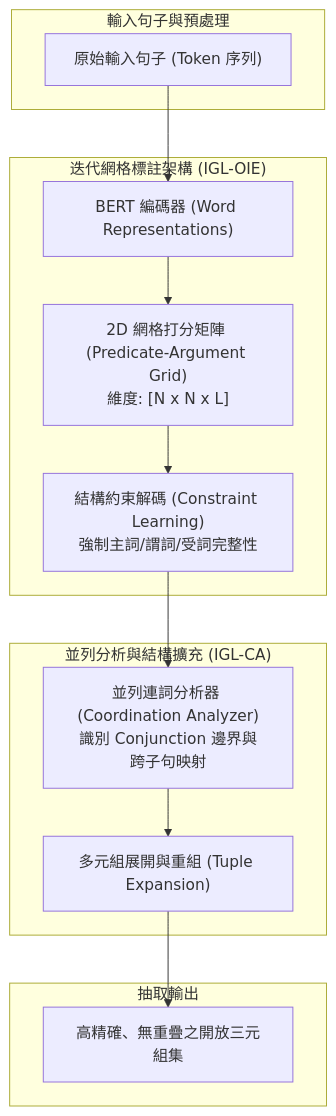
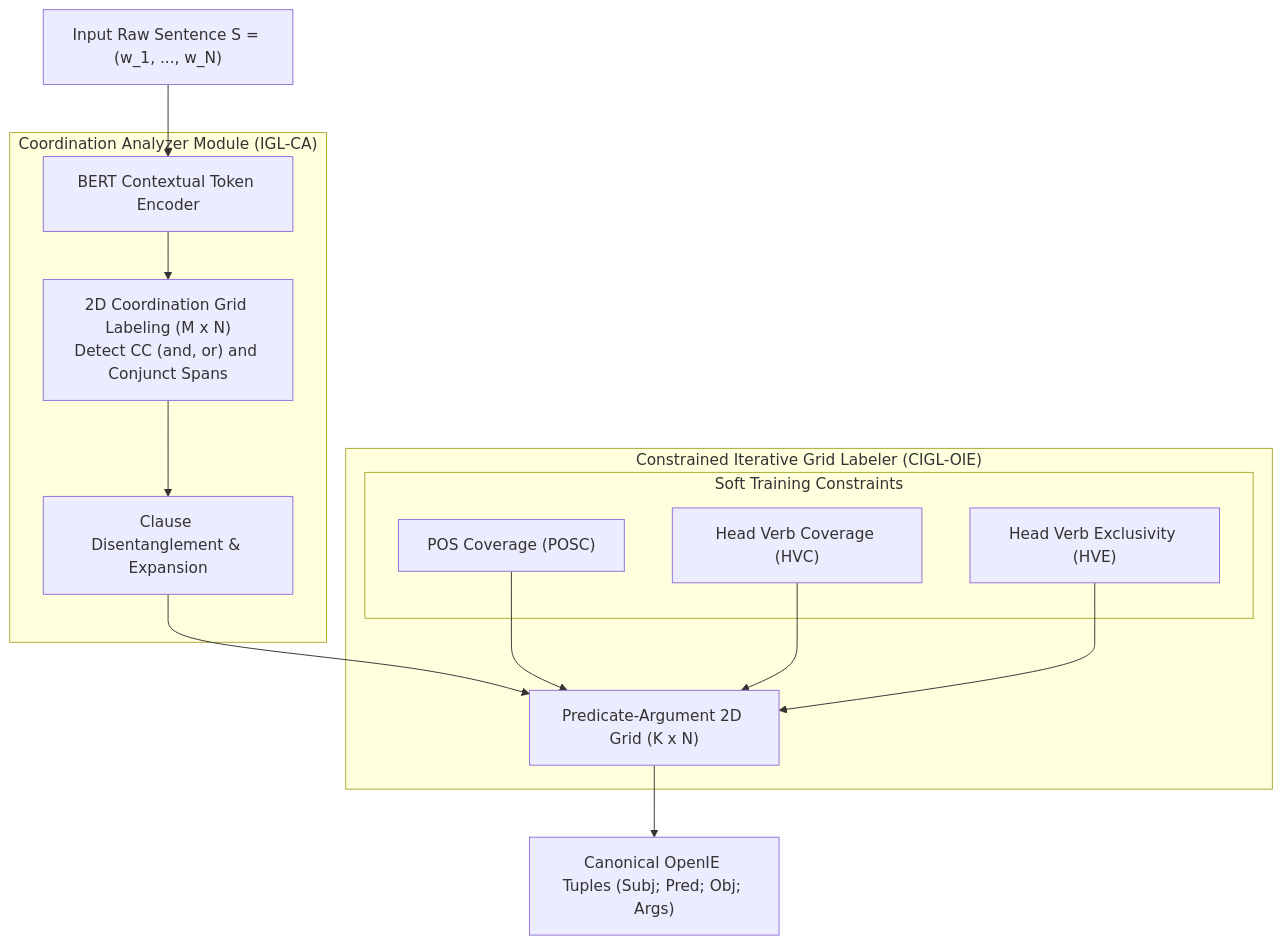
Before and after one commit to Cycl0n3-ga/RAG-survey: the diagram in 03 - 論文庫 (Literature Notes)/04 - Knowledge & Graph RAG/(EMNLP 2020-11) OpenIE6 - Iterative Grid Labeling and Coordination Analysis for Open Information Extraction.md, drawn with Mermaid. The commit also changed other lines of this file and 12 other files, not shown here.

````diff
--- a/03 - 論文庫 (Literature Notes)/04 - Knowledge & Graph RAG/(EMNLP 2020-11) OpenIE6 - Iterative Grid Labeling and Coordination Analysis for Open Information Extraction.md
+++ b/03 - 論文庫 (Literature Notes)/04 - Knowledge & Graph RAG/(EMNLP 2020-11) OpenIE6 - Iterative Grid Labeling and Coordination Analysis for Open Information Extraction.md
@@ -68,27 +113,25 @@
 ```mermaid
 flowchart TD
-    subgraph input_text["輸入句子與預處理"]
-        RAW["原始輸入句子 (Token 序列)"]
+    RawSentence["Input Raw Sentence S = (w_1, ..., w_N)"] --> BERT["BERT Contextual Token Encoder"]
+    
+    subgraph ca_engine["Coordination Analyzer Module (IGL-CA)"]
+        BERT --> CoordGrid["2D Coordination Grid Labeling (M x N)<br/>Detect CC (and, or) and Conjunct Spans"]
+        CoordGrid --> Simplify["Clause Disentanglement & Expansion"]
     end
-
-    subgraph igl_module["迭代網格標註架構 (IGL-OIE)"]
-        BERT["BERT 編碼器 (Word Representations)"]
-        GRID["2D 網格打分矩陣 (Predicate-Argument Grid)<br/>維度: [N x N x L]"]
-        CONSTR["結構約束解碼 (Constraint Learning)<br/>強制主詞/謂詞/受詞完整性"]
-        RAW --> BERT
-        BERT --> GRID
-        GRID --> CONSTR
+    
+    subgraph igl_engine["Constrained Iterative Grid Labeler (CIGL-OIE)"]
+        Simplify --> GridScorer["Predicate-Argument 2D Grid (K x N)"]
+        
+        subgraph constraints["Soft Training Constraints"]
+            POSC["POS Coverage (POSC)"]
+            HVC["Head Verb Coverage (HVC)"]
+            HVE["Head Verb Exclusivity (HVE)"]
+        end
+        
+        POSC --> GridScorer
+        HVC --> GridScorer
+        HVE --> GridScorer
     end
-
-    subgraph ca_module["並列分析與結構擴充 (IGL-CA)"]
-        COORD["並列連詞分析器 (Coordination Analyzer)<br/>識別 Conjunction 邊界與跨子句映射"]
-        EXPAND["多元組展開與重組 (Tuple Expansion)"]
-        CONSTR --> COORD
-        COORD --> EXPAND
-    end
-
-    subgraph output_triples["抽取輸出"]
-        TRIPLES["高精確、無重疊之開放三元組集"]
-        EXPAND --> TRIPLES
-    end
+    
+    GridScorer --> OpenTriples["Canonical OpenIE Tuples (Subj; Pred; Obj; Args)"]
 ```
````
